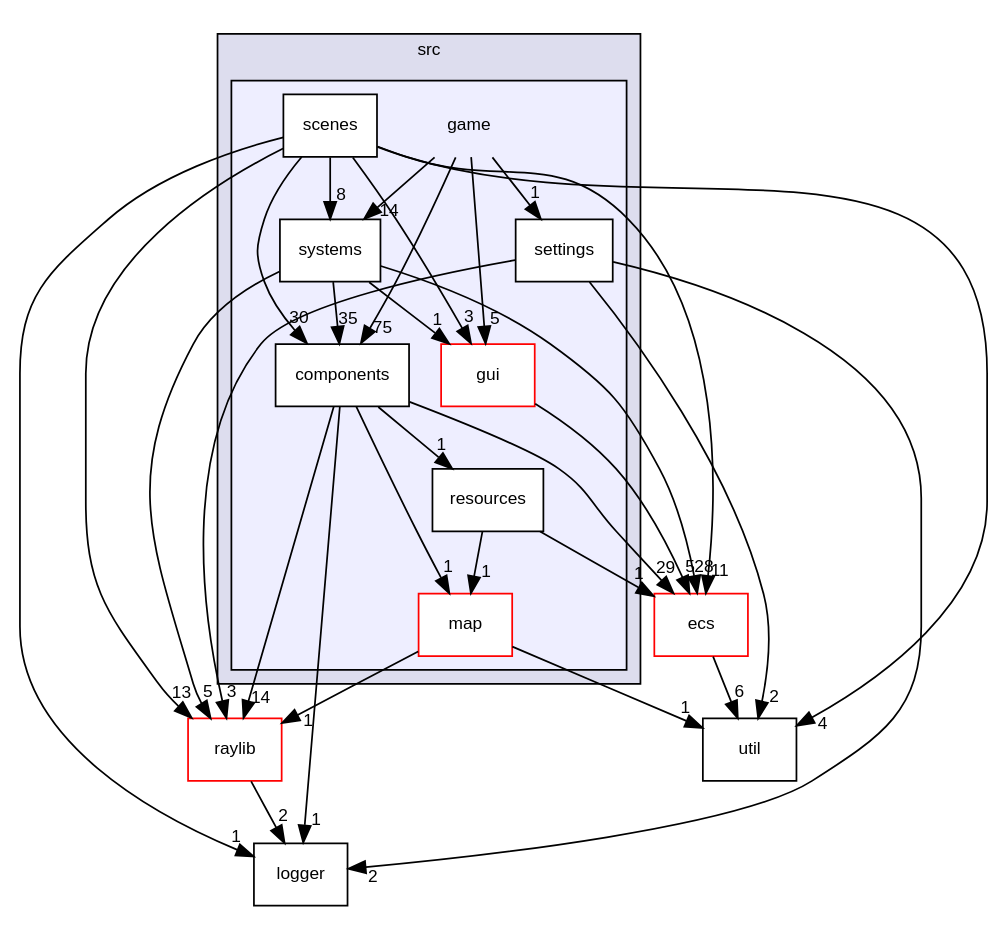
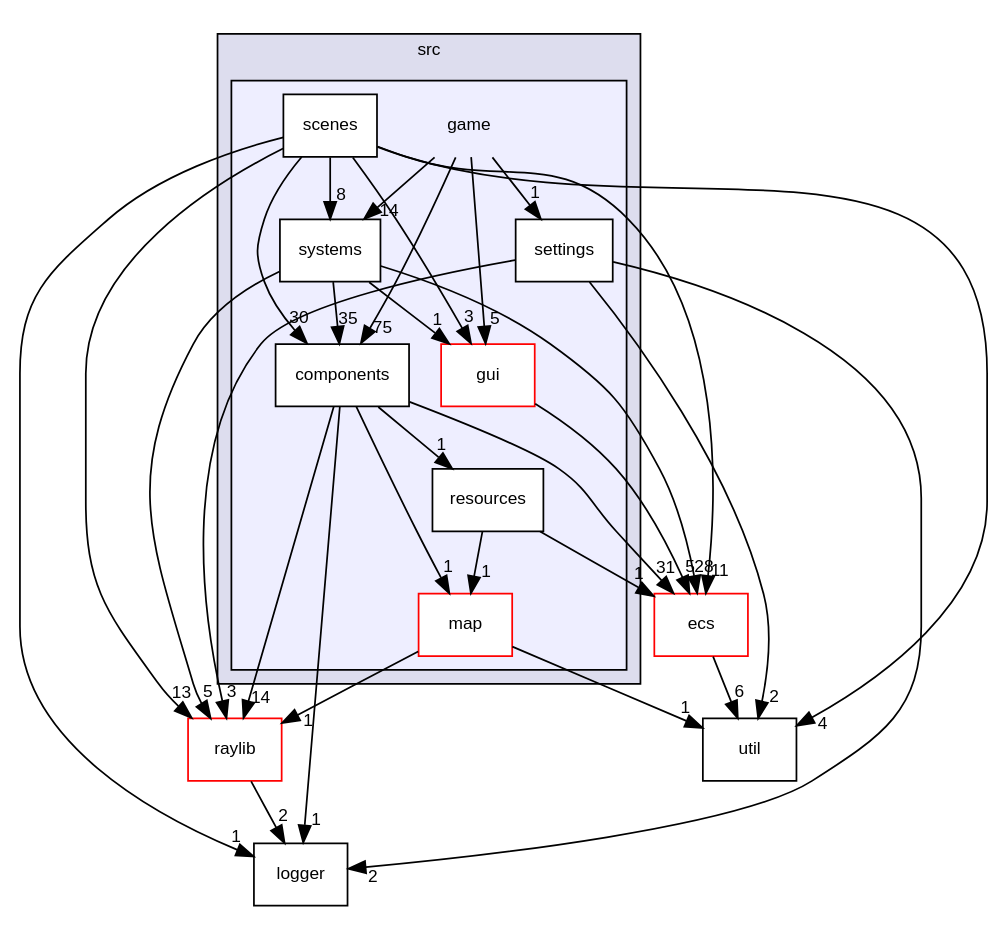
The diagram in dir_1699be727a800b1d059c6f7f2b91d2ee_dep.dot (MisterPeModder/Bomberman-Global-Offensive), drawn with Graphviz before and after one commit. The commit also changed 23 other files, not shown here.

```diff
--- a/dir_1699be727a800b1d059c6f7f2b91d2ee_dep.dot
+++ b/dir_1699be727a800b1d059c6f7f2b91d2ee_dep.dot
@@ -1,53 +1,53 @@
 digraph "src/game" {
   compound=true
   node [ fontsize="10", fontname="Helvetica"];
   edge [ labelfontsize="10", labelfontname="Helvetica"];
   subgraph clusterdir_68267d1309a1af8e8297ef4c3efbcdba {
     graph [ bgcolor="#ddddee", pencolor="black", label="src" fontname="Helvetica", fontsize="10", URL="dir_68267d1309a1af8e8297ef4c3efbcdba.html"]
   subgraph clusterdir_1699be727a800b1d059c6f7f2b91d2ee {
     graph [ bgcolor="#eeeeff", pencolor="black", label="" URL="dir_1699be727a800b1d059c6f7f2b91d2ee.html"];
     dir_1699be727a800b1d059c6f7f2b91d2ee [shape=plaintext label="game"];
     dir_a5f74f5d785ec5e5a721a58d25c88c44 [shape=box label="components" color="black" fillcolor="white" style="filled" URL="dir_a5f74f5d785ec5e5a721a58d25c88c44.html"];
     dir_0eb5bc4df32830927d4599d5e42d522d [shape=box label="gui" color="red" fillcolor="white" style="filled" URL="dir_0eb5bc4df32830927d4599d5e42d522d.html"];
     dir_982fd39ee1731a8b580daaa875541184 [shape=box label="map" color="red" fillcolor="white" style="filled" URL="dir_982fd39ee1731a8b580daaa875541184.html"];
     dir_5fd2de56c9e34b9f11062f1ca20ce5f5 [shape=box label="resources" color="black" fillcolor="white" style="filled" URL="dir_5fd2de56c9e34b9f11062f1ca20ce5f5.html"];
     dir_5643fc5b65571d5df13cbb45af2e9897 [shape=box label="scenes" color="black" fillcolor="white" style="filled" URL="dir_5643fc5b65571d5df13cbb45af2e9897.html"];
     dir_28315cacd5bae586058b19a00a8b1185 [shape=box label="settings" color="black" fillcolor="white" style="filled" URL="dir_28315cacd5bae586058b19a00a8b1185.html"];
     dir_46fb37fa78f646487908f22377b88dd8 [shape=box label="systems" color="black" fillcolor="white" style="filled" URL="dir_46fb37fa78f646487908f22377b88dd8.html"];
   }
   }
   dir_b7878ad5ecbf2506f4125b9d34c97e45 [shape=box label="util" URL="dir_b7878ad5ecbf2506f4125b9d34c97e45.html"];
   dir_ffde1fbcaa8d6b0d34e29c3bddf7a801 [shape=box label="logger" URL="dir_ffde1fbcaa8d6b0d34e29c3bddf7a801.html"];
   dir_ddca5f149c4ce13074f28b270e950ba9 [shape=box label="ecs" fillcolor="white" style="filled" color="red" URL="dir_ddca5f149c4ce13074f28b270e950ba9.html"];
   dir_d4cc5f0b3cfddd1b0952a9e00053f649 [shape=box label="raylib" fillcolor="white" style="filled" color="red" URL="dir_d4cc5f0b3cfddd1b0952a9e00053f649.html"];
   dir_5fd2de56c9e34b9f11062f1ca20ce5f5->dir_982fd39ee1731a8b580daaa875541184 [headlabel="1", labeldistance=1.5 headhref="dir_000019_000017.html"];
   dir_5fd2de56c9e34b9f11062f1ca20ce5f5->dir_ddca5f149c4ce13074f28b270e950ba9 [headlabel="1", labeldistance=1.5 headhref="dir_000019_000001.html"];
   dir_982fd39ee1731a8b580daaa875541184->dir_b7878ad5ecbf2506f4125b9d34c97e45 [headlabel="1", labeldistance=1.5 headhref="dir_000017_000026.html"];
   dir_982fd39ee1731a8b580daaa875541184->dir_d4cc5f0b3cfddd1b0952a9e00053f649 [headlabel="1", labeldistance=1.5 headhref="dir_000017_000010.html"];
   dir_a5f74f5d785ec5e5a721a58d25c88c44->dir_5fd2de56c9e34b9f11062f1ca20ce5f5 [headlabel="1", labeldistance=1.5 headhref="dir_000008_000019.html"];
   dir_a5f74f5d785ec5e5a721a58d25c88c44->dir_982fd39ee1731a8b580daaa875541184 [headlabel="1", labeldistance=1.5 headhref="dir_000008_000017.html"];
   dir_a5f74f5d785ec5e5a721a58d25c88c44->dir_ffde1fbcaa8d6b0d34e29c3bddf7a801 [headlabel="1", labeldistance=1.5 headhref="dir_000008_000023.html"];
-  dir_a5f74f5d785ec5e5a721a58d25c88c44->dir_ddca5f149c4ce13074f28b270e950ba9 [headlabel="29", labeldistance=1.5 headhref="dir_000008_000001.html"];
+  dir_a5f74f5d785ec5e5a721a58d25c88c44->dir_ddca5f149c4ce13074f28b270e950ba9 [headlabel="31", labeldistance=1.5 headhref="dir_000008_000001.html"];
   dir_a5f74f5d785ec5e5a721a58d25c88c44->dir_d4cc5f0b3cfddd1b0952a9e00053f649 [headlabel="14", labeldistance=1.5 headhref="dir_000008_000010.html"];
   dir_46fb37fa78f646487908f22377b88dd8->dir_a5f74f5d785ec5e5a721a58d25c88c44 [headlabel="35", labeldistance=1.5 headhref="dir_000009_000008.html"];
   dir_46fb37fa78f646487908f22377b88dd8->dir_0eb5bc4df32830927d4599d5e42d522d [headlabel="1", labeldistance=1.5 headhref="dir_000009_000015.html"];
   dir_46fb37fa78f646487908f22377b88dd8->dir_ddca5f149c4ce13074f28b270e950ba9 [headlabel="28", labeldistance=1.5 headhref="dir_000009_000001.html"];
   dir_46fb37fa78f646487908f22377b88dd8->dir_d4cc5f0b3cfddd1b0952a9e00053f649 [headlabel="5", labeldistance=1.5 headhref="dir_000009_000010.html"];
   dir_0eb5bc4df32830927d4599d5e42d522d->dir_ddca5f149c4ce13074f28b270e950ba9 [headlabel="5", labeldistance=1.5 headhref="dir_000015_000001.html"];
   dir_5643fc5b65571d5df13cbb45af2e9897->dir_a5f74f5d785ec5e5a721a58d25c88c44 [headlabel="30", labeldistance=1.5 headhref="dir_000020_000008.html"];
   dir_5643fc5b65571d5df13cbb45af2e9897->dir_b7878ad5ecbf2506f4125b9d34c97e45 [headlabel="4", labeldistance=1.5 headhref="dir_000020_000026.html"];
   dir_5643fc5b65571d5df13cbb45af2e9897->dir_46fb37fa78f646487908f22377b88dd8 [headlabel="8", labeldistance=1.5 headhref="dir_000020_000009.html"];
   dir_5643fc5b65571d5df13cbb45af2e9897->dir_ffde1fbcaa8d6b0d34e29c3bddf7a801 [headlabel="1", labeldistance=1.5 headhref="dir_000020_000023.html"];
   dir_5643fc5b65571d5df13cbb45af2e9897->dir_0eb5bc4df32830927d4599d5e42d522d [headlabel="3", labeldistance=1.5 headhref="dir_000020_000015.html"];
   dir_5643fc5b65571d5df13cbb45af2e9897->dir_ddca5f149c4ce13074f28b270e950ba9 [headlabel="11", labeldistance=1.5 headhref="dir_000020_000001.html"];
   dir_5643fc5b65571d5df13cbb45af2e9897->dir_d4cc5f0b3cfddd1b0952a9e00053f649 [headlabel="13", labeldistance=1.5 headhref="dir_000020_000010.html"];
   dir_ddca5f149c4ce13074f28b270e950ba9->dir_b7878ad5ecbf2506f4125b9d34c97e45 [headlabel="6", labeldistance=1.5 headhref="dir_000001_000026.html"];
   dir_d4cc5f0b3cfddd1b0952a9e00053f649->dir_ffde1fbcaa8d6b0d34e29c3bddf7a801 [headlabel="2", labeldistance=1.5 headhref="dir_000010_000023.html"];
   dir_28315cacd5bae586058b19a00a8b1185->dir_b7878ad5ecbf2506f4125b9d34c97e45 [headlabel="2", labeldistance=1.5 headhref="dir_000021_000026.html"];
   dir_28315cacd5bae586058b19a00a8b1185->dir_ffde1fbcaa8d6b0d34e29c3bddf7a801 [headlabel="2", labeldistance=1.5 headhref="dir_000021_000023.html"];
   dir_28315cacd5bae586058b19a00a8b1185->dir_d4cc5f0b3cfddd1b0952a9e00053f649 [headlabel="3", labeldistance=1.5 headhref="dir_000021_000010.html"];
   dir_1699be727a800b1d059c6f7f2b91d2ee->dir_a5f74f5d785ec5e5a721a58d25c88c44 [headlabel="75", labeldistance=1.5 headhref="dir_000007_000008.html"];
   dir_1699be727a800b1d059c6f7f2b91d2ee->dir_46fb37fa78f646487908f22377b88dd8 [headlabel="14", labeldistance=1.5 headhref="dir_000007_000009.html"];
   dir_1699be727a800b1d059c6f7f2b91d2ee->dir_0eb5bc4df32830927d4599d5e42d522d [headlabel="5", labeldistance=1.5 headhref="dir_000007_000015.html"];
   dir_1699be727a800b1d059c6f7f2b91d2ee->dir_28315cacd5bae586058b19a00a8b1185 [headlabel="1", labeldistance=1.5 headhref="dir_000007_000021.html"];
 }
```
